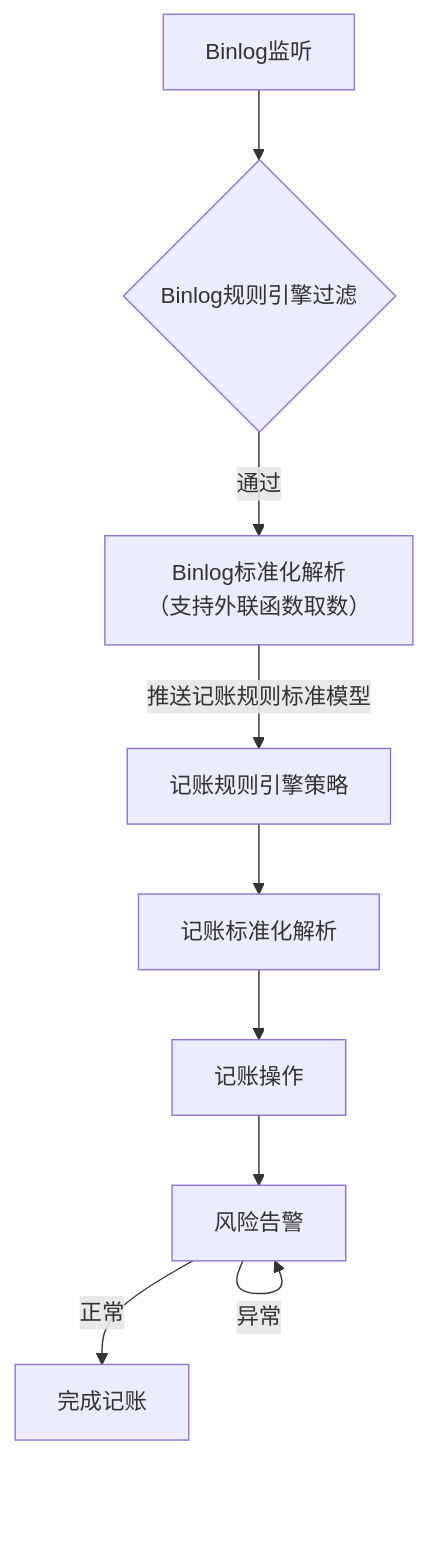
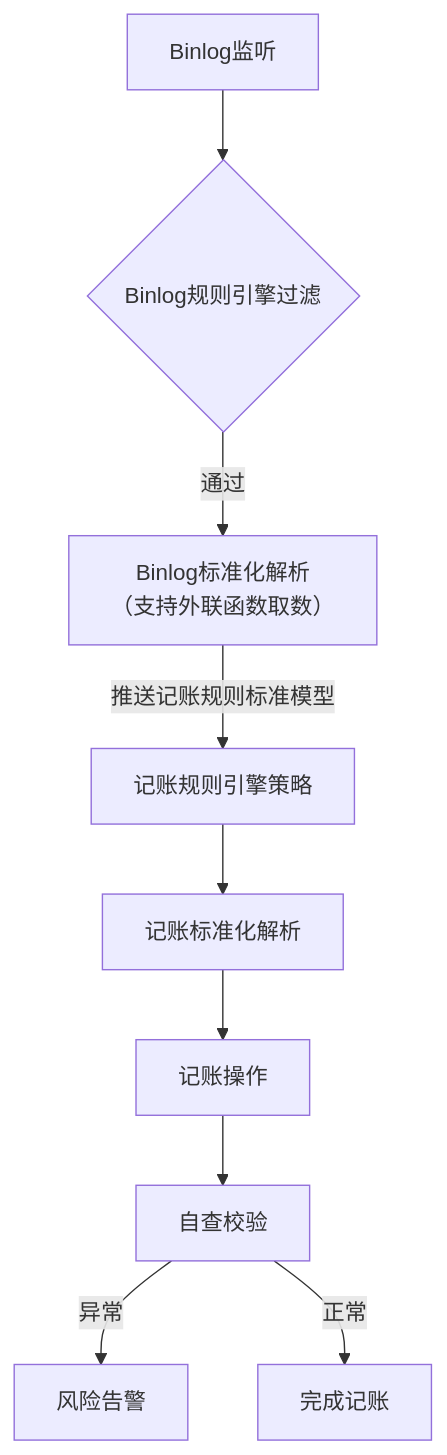
One commit to 87828943/iodraw-files changed the diagram in all/架构流程.md. Above: the diagram before and after it, drawn with Mermaid.

Commit message:
2025-07-07 11:27:04 update

````diff
--- a/all/架构流程.md
+++ b/all/架构流程.md
@@ -1,12 +1,12 @@
 ```mermaid
 graph TD
     A[Binlog监听] --> B{Binlog规则引擎过滤}
     B -->|通过| C[Binlog标准化解析
     （支持外联函数取数）]
     C --> |推送记账规则标准模型|D[记账规则引擎策略]
     D --> E[记账标准化解析]
     E --> F[记账操作]
     F --> G[自查校验]
-    G -->|异常| G[风险告警]
-     -->|正常| H[完成记账]
+    G -->|异常| H[风险告警]
+    G -->|正常| I[完成记账]
 ```
````
